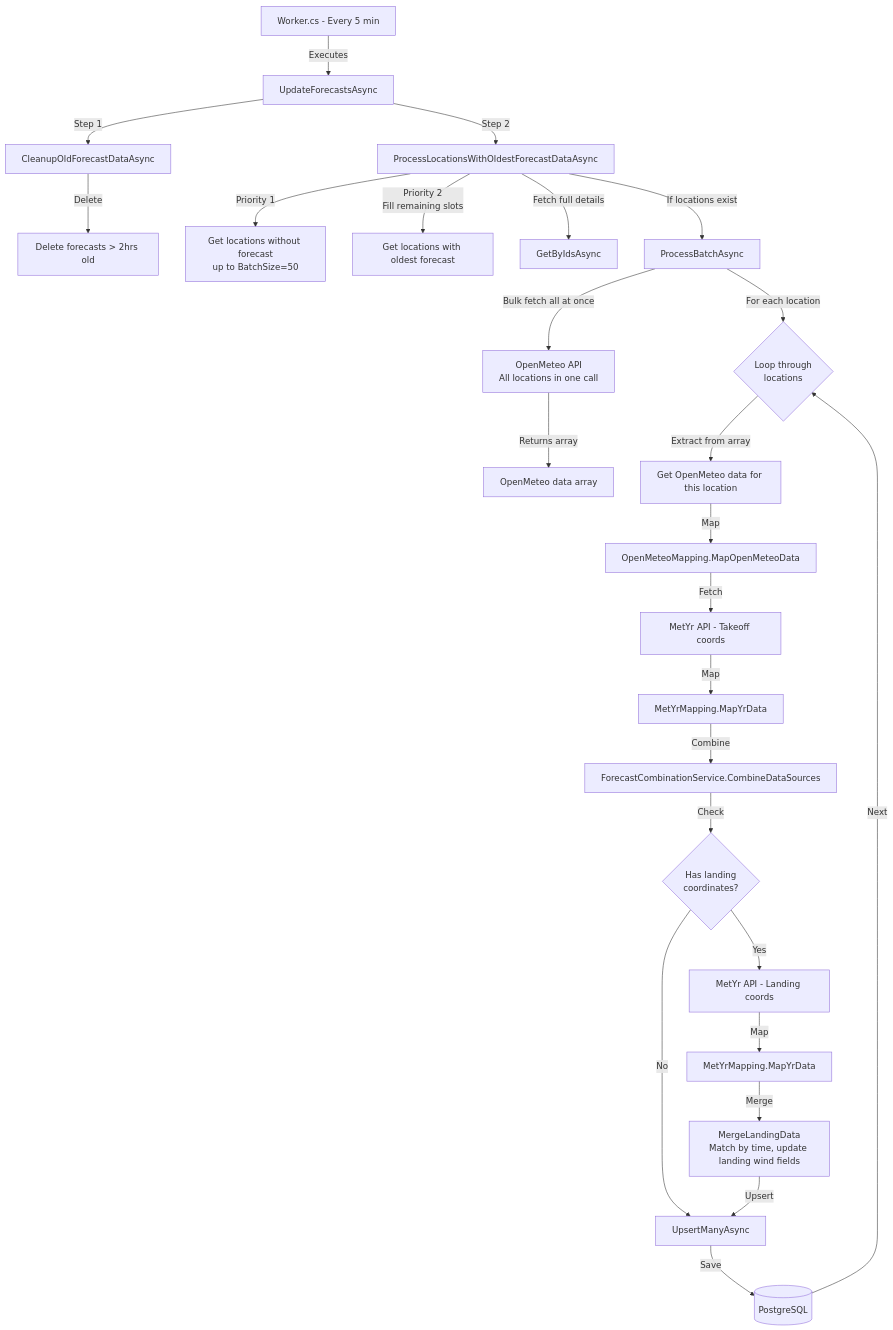
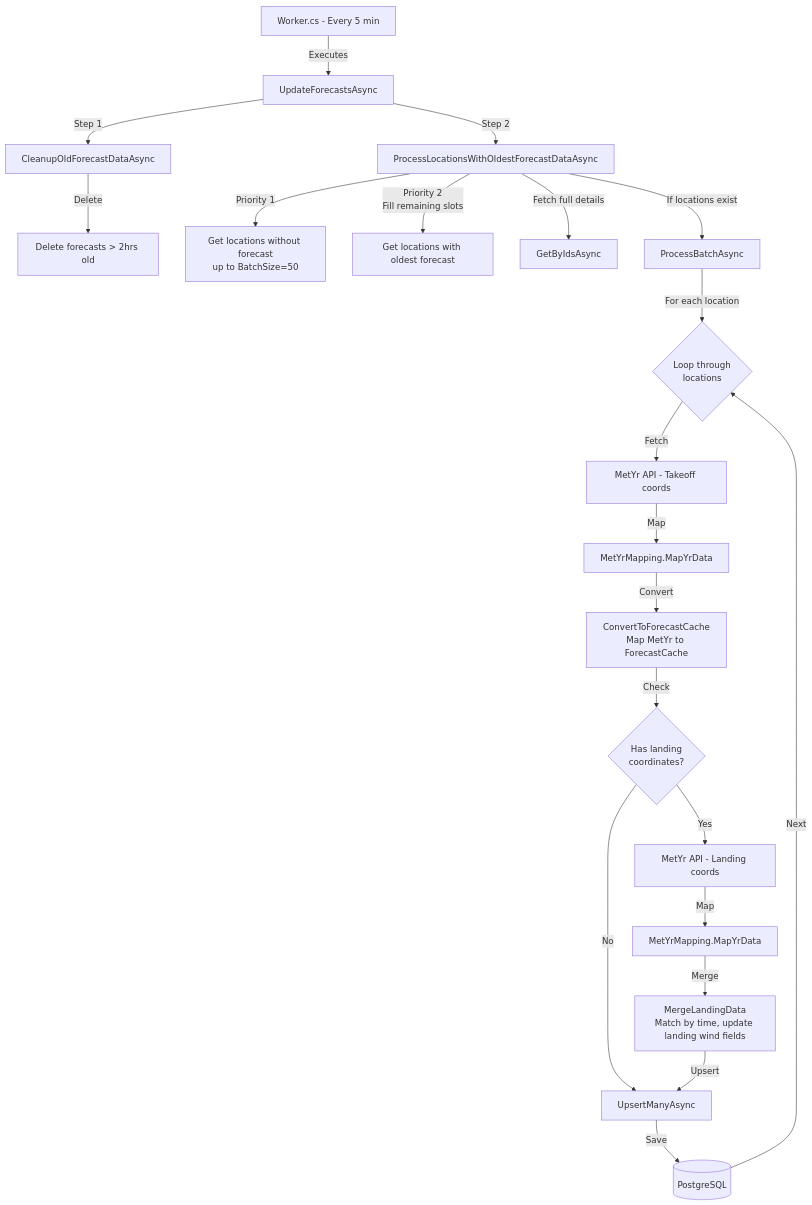
The diagram in src/WindLordApi.Worker/FlowDiagrams/ForecastUpdateService.md (Frankwds/WindLordApi), drawn with Mermaid before and after one commit. The commit also changed other lines of this file and 2 other files, not shown here.

Commit message:
Refactor UpdateForecastCache and test

````diff
--- a/src/WindLordApi.Worker/FlowDiagrams/ForecastUpdateService.md
+++ b/src/WindLordApi.Worker/FlowDiagrams/ForecastUpdateService.md
@@ -5,32 +5,27 @@
 ```mermaid
 flowchart TB
     Worker[Worker.cs - Every 5 min] -->|Executes| UpdateForecasts[UpdateForecastsAsync]
     UpdateForecasts -->|Step 1| Cleanup[CleanupOldForecastDataAsync]
     Cleanup -->|Delete| DeleteOld[Delete forecasts > 2hrs old]
 
     UpdateForecasts -->|Step 2| ProcessLocations[ProcessLocationsWithOldestForecastDataAsync]
     ProcessLocations -->|Priority 1| NoForecast[Get locations without forecast<br/>up to BatchSize=50]
     ProcessLocations -->|Priority 2<br/>Fill remaining slots| OldForecast[Get locations with oldest forecast]
     ProcessLocations -->|Fetch full details| GetByIds[GetByIdsAsync]
     ProcessLocations -->|If locations exist| ProcessBatch[ProcessBatchAsync]
 
-    ProcessBatch -->|Bulk fetch all at once| OpenMeteo[OpenMeteo API<br/>All locations in one call]
-    OpenMeteo -->|Returns array| MeteoArray[OpenMeteo data array]
+    ProcessBatch -->|For each location| Loop{Loop through<br/>locations}
+    Loop -->|Fetch| MetYrTakeoff[MetYr API - Takeoff coords]
+    MetYrTakeoff -->|Map| MapYrTakeoff[MetYrMapping.MapYrData]
+    MapYrTakeoff -->|Convert| Convert[ConvertToForecastCache<br/>Map MetYr to ForecastCache]
 
-    ProcessBatch -->|For each location| Loop{Loop through<br/>locations}
-    Loop -->|Extract from array| ExtractMeteo[Get OpenMeteo data for this location]
-    ExtractMeteo -->|Map| MapMeteo[OpenMeteoMapping.MapOpenMeteoData]
-    MapMeteo -->|Fetch| MetYrTakeoff[MetYr API - Takeoff coords]
-    MetYrTakeoff -->|Map| MapYrTakeoff[MetYrMapping.MapYrData]
-    MapYrTakeoff -->|Combine| Combine[ForecastCombinationService.CombineDataSources]
-
-    Combine -->|Check| HasLanding{Has landing<br/>coordinates?}
+    Convert -->|Check| HasLanding{Has landing<br/>coordinates?}
     HasLanding -->|Yes| MetYrLanding[MetYr API - Landing coords]
     MetYrLanding -->|Map| MapYrLanding[MetYrMapping.MapYrData]
     MapYrLanding -->|Merge| MergeLanding[MergeLandingData<br/>Match by time, update landing wind fields]
 
     HasLanding -->|No| Upsert[UpsertManyAsync]
     MergeLanding -->|Upsert| Upsert
     Upsert -->|Save| DB[(PostgreSQL)]
     DB -->|Next| Loop
 ```
````
